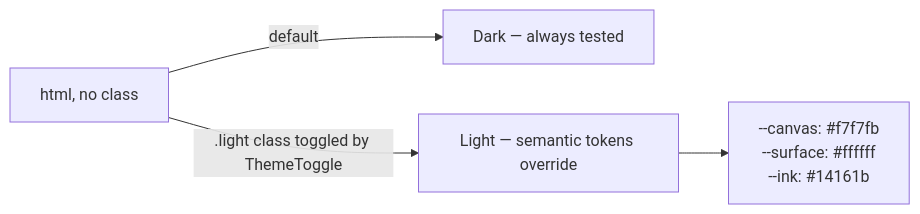
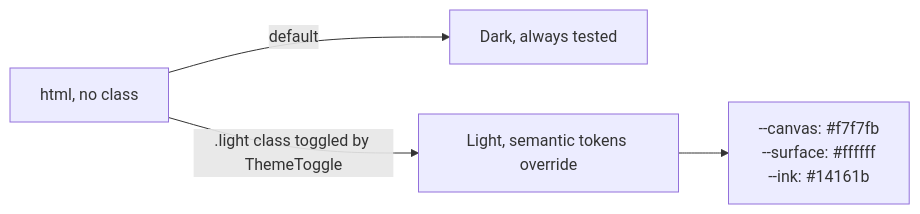
One commit to sabaazdn73/Cross-Border-Payments-DDiB2026-OG04 changed the diagram in docs/architecture/design-system.md. Above: the diagram before and after it, drawn with Mermaid. The commit also changed other lines of this file and 42 other files, not shown here.

````diff
--- a/docs/architecture/design-system.md
+++ b/docs/architecture/design-system.md
@@ -28,6 +27,6 @@
 ```mermaid
 flowchart LR
-    A[html, no class] -->|default| B[Dark — always tested]
-    A -->|.light class toggled by ThemeToggle| C[Light — semantic tokens override]
+    A[html, no class] -->|default| B[Dark, always tested]
+    A -->|.light class toggled by ThemeToggle| C[Light, semantic tokens override]
     C --> D["--canvas: #f7f7fb<br/>--surface: #ffffff<br/>--ink: #14161b"]
 ```
````
